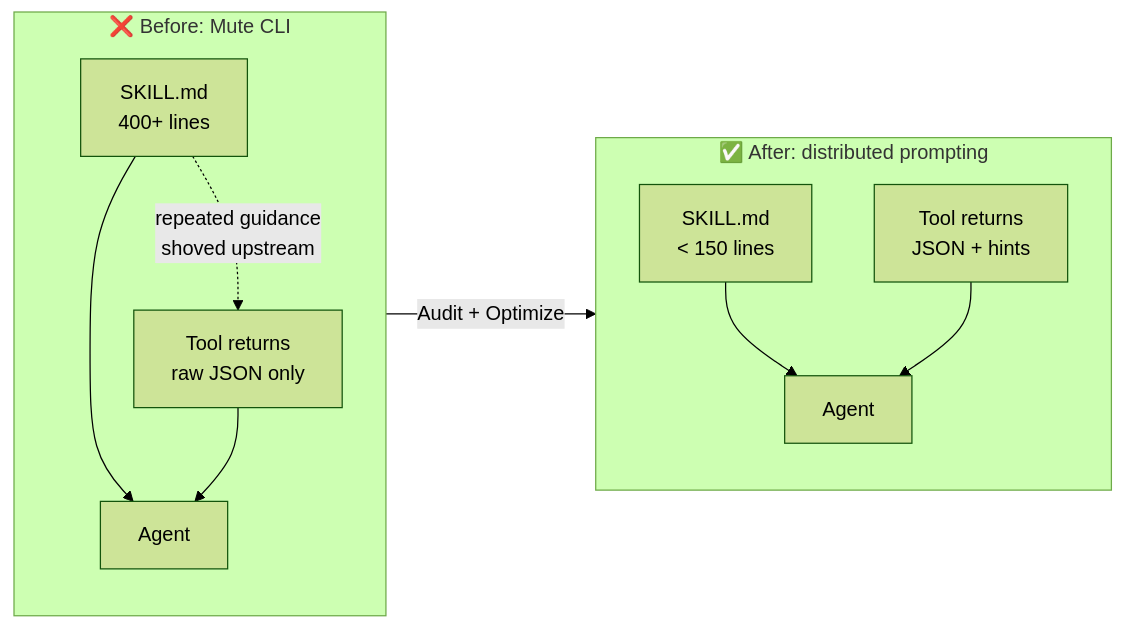
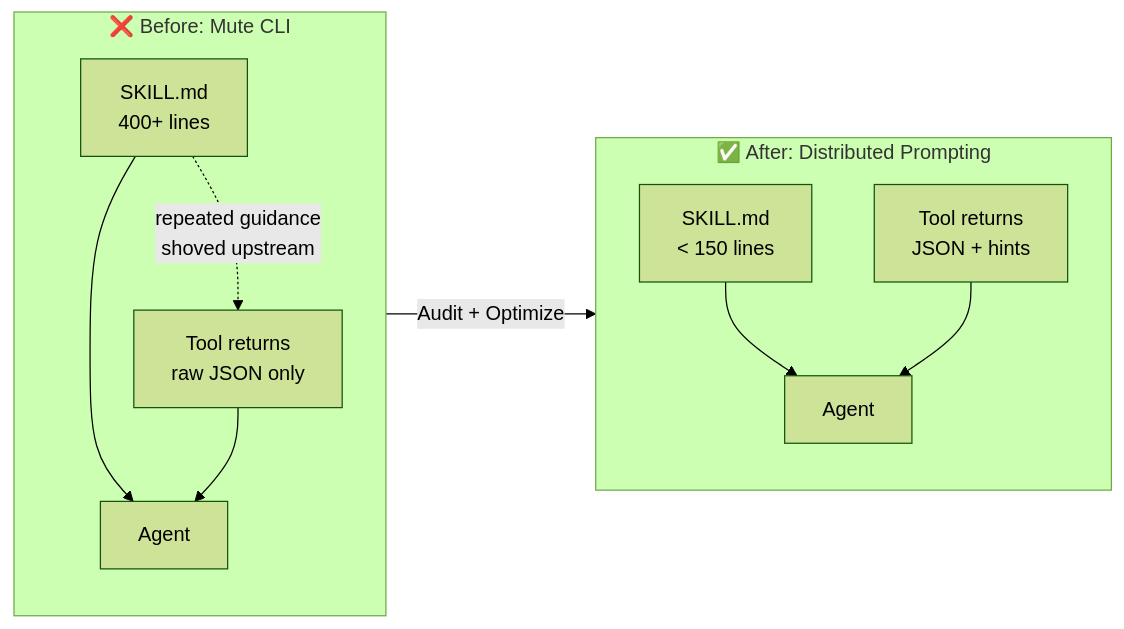
One commit to DrDexter6000/talking-cli changed the first of 2 diagrams in README.md. Above: the diagram before and after it, drawn with Mermaid (forest theme). The commit also changed other lines of this file and 2 other files, not shown here.

First line of the commit message:
docs: capitalize and bold key concepts - Distributed Prompting and Prompt-On-Call

````diff
--- a/README.md
+++ b/README.md
@@ -64,15 +64,15 @@
 ```mermaid
 graph LR
     subgraph Before ["❌ Before: Mute CLI"]
         A1[SKILL.md<br/>400+ lines] --> A2[Agent]
         A3[Tool returns<br/>raw JSON only] --> A2
         A1 -.->|repeated guidance<br/>shoved upstream| A3
     end
 
-    subgraph After ["✅ After: distributed prompting"]
+    subgraph After ["✅ After: Distributed Prompting"]
         B1[SKILL.md<br/>&lt; 150 lines] --> B2[Agent]
         B3[Tool returns<br/>JSON + hints] --> B2
     end
 
     Before -->|Audit + Optimize| After
 ```
````
